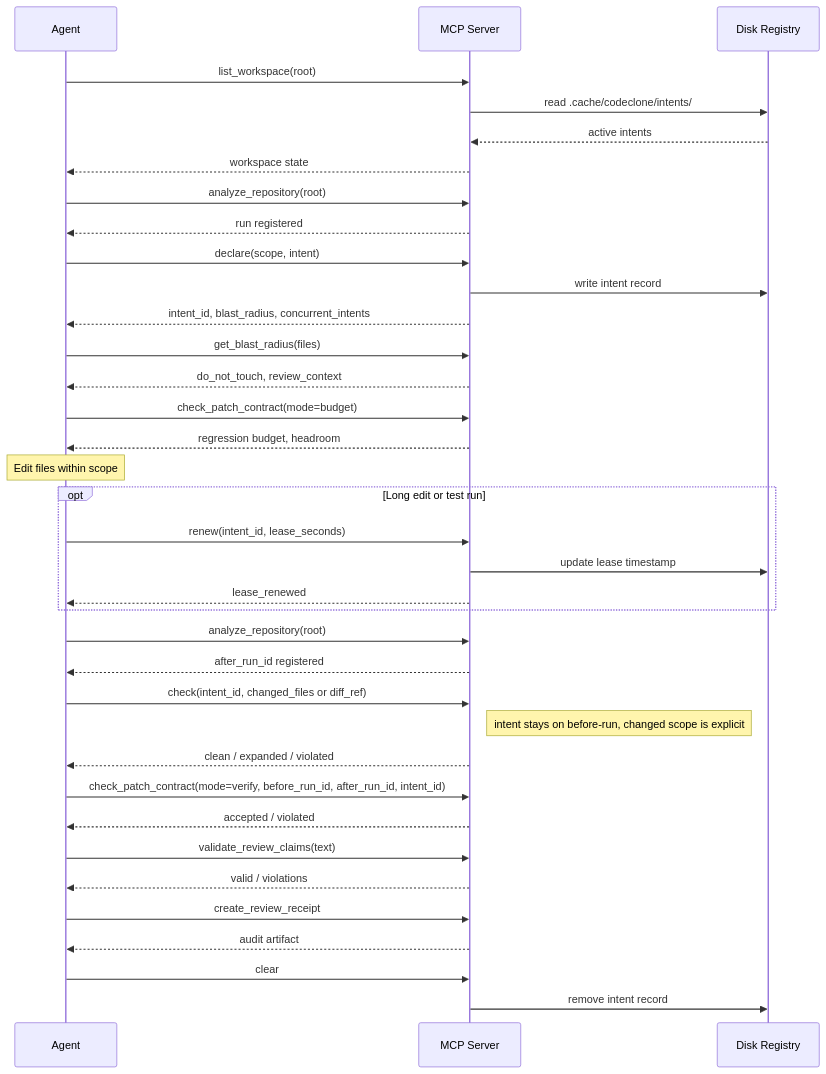
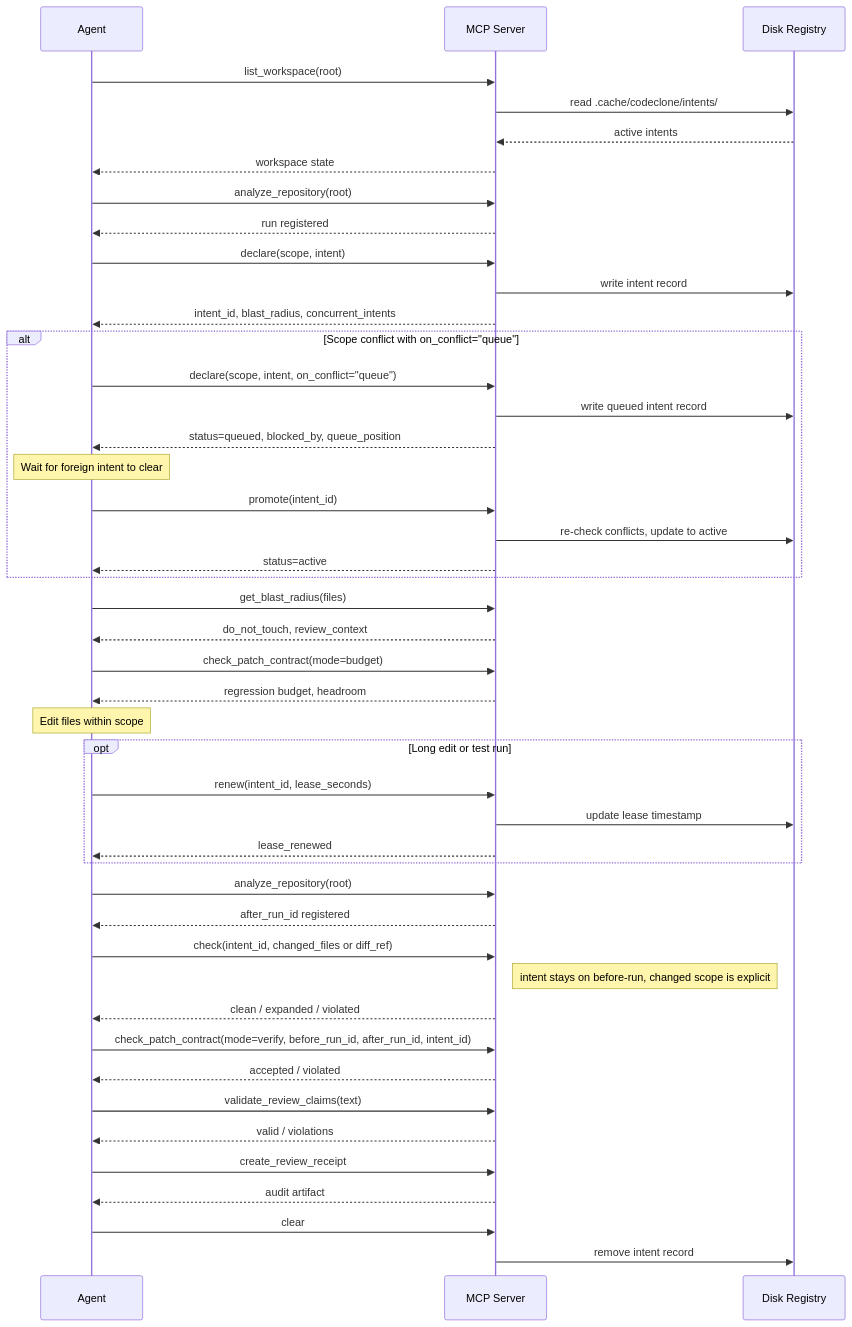
Before and after one commit to orenlab/codeclone: the fourth of 4 diagrams in docs/mcp.md, drawn with Mermaid. The commit also changed other lines of this file and 4 other files, not shown here.

First line of the commit message:
feat(mcp): add intent queue MVP for multi-agent scope coordination

````diff
--- a/docs/mcp.md
+++ b/docs/mcp.md
@@ -267,39 +267,48 @@
 ```mermaid
 sequenceDiagram
     participant A as Agent
     participant M as MCP Server
     participant D as Disk Registry
     A ->> M: list_workspace(root)
     M ->> D: read .cache/codeclone/intents/
     D -->> M: active intents
     M -->> A: workspace state
     A ->> M: analyze_repository(root)
     M -->> A: run registered
     A ->> M: declare(scope, intent)
     M ->> D: write intent record
     M -->> A: intent_id, blast_radius, concurrent_intents
+    alt Scope conflict with on_conflict="queue"
+        A ->> M: declare(scope, intent, on_conflict="queue")
+        M ->> D: write queued intent record
+        M -->> A: status=queued, blocked_by, queue_position
+        Note over A: Wait for foreign intent to clear
+        A ->> M: promote(intent_id)
+        M ->> D: re-check conflicts, update to active
+        M -->> A: status=active
+    end
     A ->> M: get_blast_radius(files)
     M -->> A: do_not_touch, review_context
     A ->> M: check_patch_contract(mode=budget)
     M -->> A: regression budget, headroom
     Note over A: Edit files within scope
     opt Long edit or test run
         A ->> M: renew(intent_id, lease_seconds)
         M ->> D: update lease timestamp
         M -->> A: lease_renewed
     end
 
     A ->> M: analyze_repository(root)
     M -->> A: after_run_id registered
     A ->> M: check(intent_id, changed_files or diff_ref)
     Note right of M: intent stays on before-run, changed scope is explicit
     M -->> A: clean / expanded / violated
     A ->> M: check_patch_contract(mode=verify, before_run_id, after_run_id, intent_id)
     M -->> A: accepted / violated
     A ->> M: validate_review_claims(text)
     M -->> A: valid / violations
     A ->> M: create_review_receipt
     M -->> A: audit artifact
     A ->> M: clear
     M ->> D: remove intent record
 ```
````
